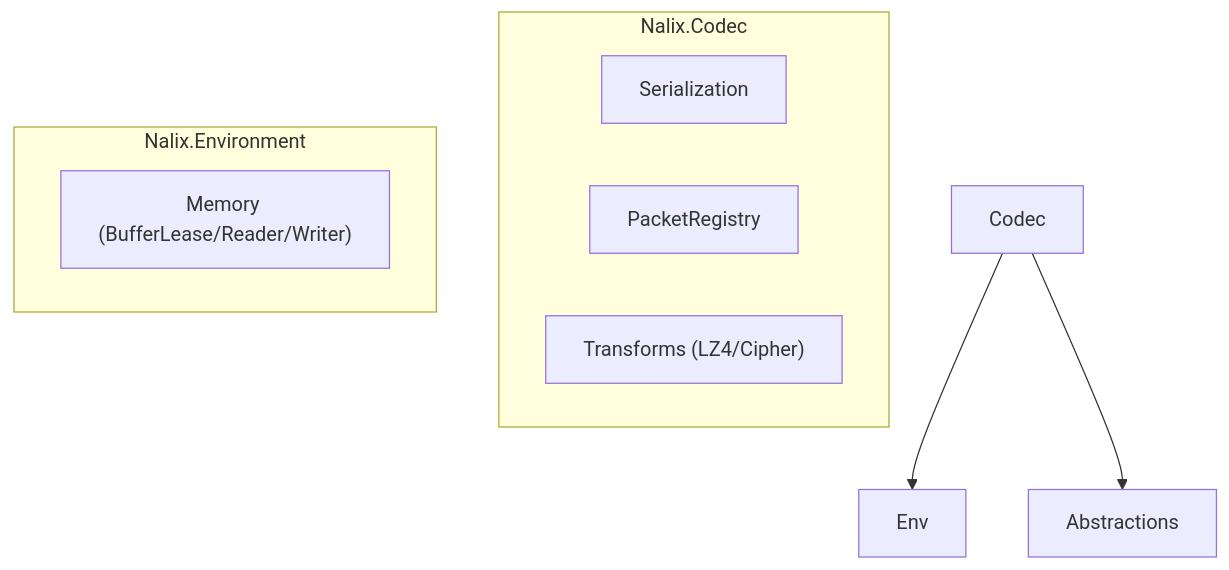
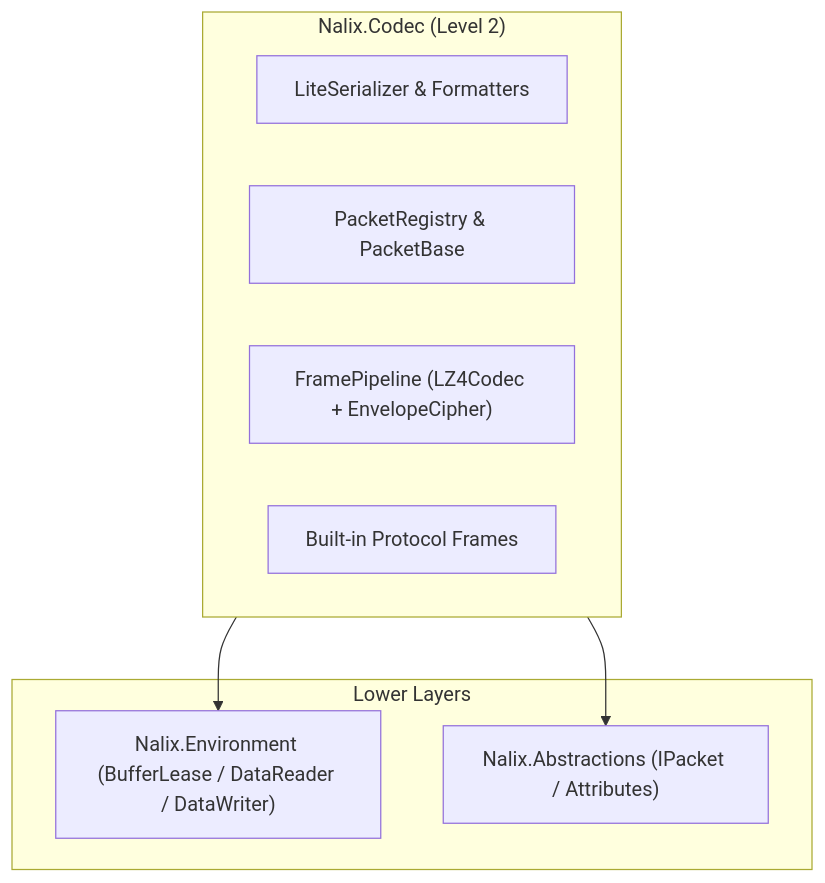
Before and after one commit to ppn-systems/nalix-docs: the first of 2 diagrams in src/content/docs/en-us/packages/nalix-codec.md, drawn with Mermaid. The commit also changed other lines of this file and 180 other files, not shown here.

````diff
--- a/src/content/docs/en-us/packages/nalix-codec.md
+++ b/src/content/docs/en-us/packages/nalix-codec.md
@@ -19,15 +21,17 @@
 ```mermaid
 flowchart TD
-    subgraph Core ["Nalix.Codec"]
-        Serialization["Serialization"]
-        Registry["PacketRegistry"]
-        Transforms["Transforms (LZ4/Cipher)"]
+    subgraph Core ["Nalix.Codec (Level 2)"]
+        Serialization["LiteSerializer & Formatters"]
+        Registry["PacketRegistry & PacketBase<T>"]
+        Transforms["FramePipeline (LZ4Codec + EnvelopeCipher)"]
+        ProtocolFrames["Built-in Protocol Frames"]
     end
 
-    subgraph Base ["Nalix.Environment"]
-        Memory["Memory (BufferLease/Reader/Writer)"]
+    subgraph Base ["Lower Layers"]
+        Env["Nalix.Environment (BufferLease / DataReader / DataWriter)"]
+        Abs["Nalix.Abstractions (IPacket / Attributes)"]
     end
 
-    Codec --> Env
-    Codec --> Abstractions
+    Core --> Env
+    Core --> Abs
 ```
````
